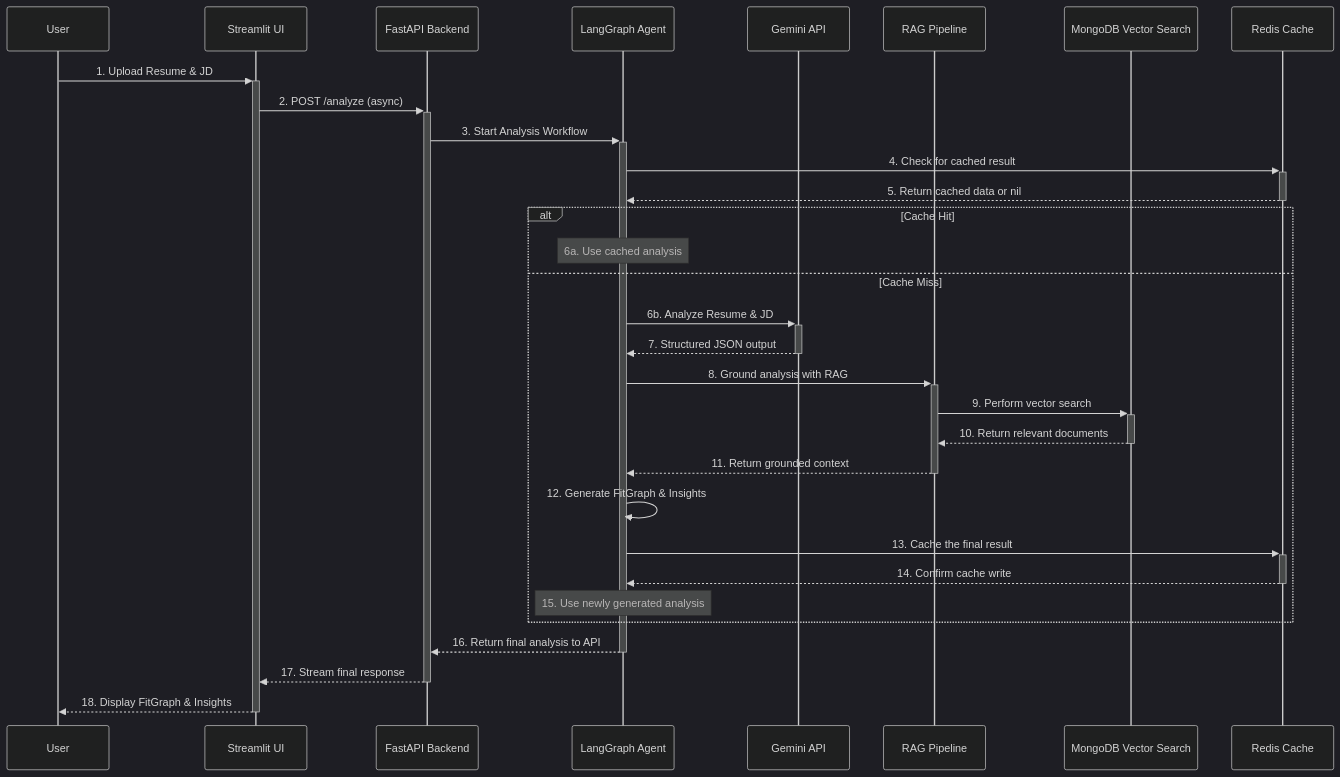
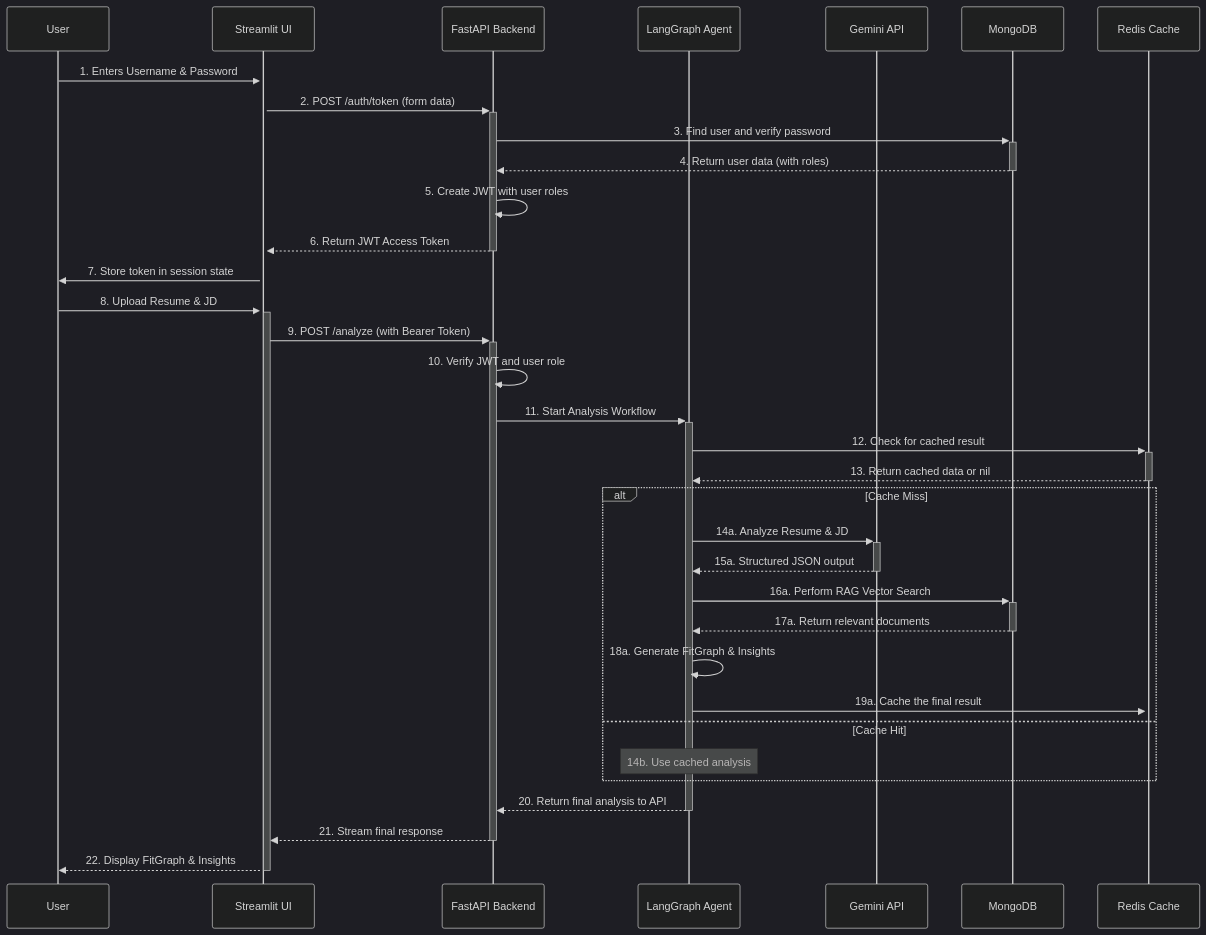
Before and after one commit to nirajmind/CareerPilot: the diagram in docs/end-to-end-flow.mmd, drawn with Mermaid (dark theme). The commit also changed 11 other files, not shown here.

Commit message:
Added security flow with RBAC and JWT

````diff
--- a/docs/end-to-end-flow.mmd
+++ b/docs/end-to-end-flow.mmd
@@ -1,41 +1,47 @@
 ```mermaid
 sequenceDiagram
     participant User
     participant StreamlitUI as Streamlit UI
     participant FastAPI as FastAPI Backend
     participant Agent as LangGraph Agent
     participant Gemini as Gemini API
-    participant RAG as RAG Pipeline
-    participant MongoDB as MongoDB Vector Search
+    participant MongoDB as MongoDB
     participant Redis as Redis Cache
 
-    User->>+StreamlitUI: 1. Upload Resume & JD
-    StreamlitUI->>+FastAPI: 2. POST /analyze (async)
+    %% Authentication Flow %%
+    User->>+StreamlitUI: 1. Enters Username & Password
+    StreamlitUI->>+FastAPI: 2. POST /auth/token (form data)
+    FastAPI->>+MongoDB: 3. Find user and verify password
+    MongoDB-->>-FastAPI: 4. Return user data (with roles)
+    FastAPI->>FastAPI: 5. Create JWT with user roles
+    FastAPI-->>-StreamlitUI: 6. Return JWT Access Token
+    StreamlitUI->>User: 7. Store token in session state
+
+    %% Main Application Flow (Authenticated) %%
+    User->>+StreamlitUI: 8. Upload Resume & JD
+    StreamlitUI->>+FastAPI: 9. POST /analyze (with Bearer Token)
     
-    FastAPI->>+Agent: 3. Start Analysis Workflow
+    FastAPI->>FastAPI: 10. Verify JWT and user role
+    FastAPI->>+Agent: 11. Start Analysis Workflow
     
-    Agent->>+Redis: 4. Check for cached result
-    Redis-->>-Agent: 5. Return cached data or nil
+    Agent->>+Redis: 12. Check for cached result
+    Redis-->>-Agent: 13. Return cached data or nil
     
-    alt Cache Hit
-        Note over Agent: 6a. Use cached analysis
-    else Cache Miss
-        Agent->>+Gemini: 6b. Analyze Resume & JD
-        Gemini-->>-Agent: 7. Structured JSON output
+    alt Cache Miss
+        Agent->>+Gemini: 14a. Analyze Resume & JD
+        Gemini-->>-Agent: 15a. Structured JSON output
         
-        Agent->>+RAG: 8. Ground analysis with RAG
-        RAG->>+MongoDB: 9. Perform vector search
-        MongoDB-->>-RAG: 10. Return relevant documents
-        RAG-->>-Agent: 11. Return grounded context
+        Agent->>+MongoDB: 16a. Perform RAG Vector Search
+        MongoDB-->>-Agent: 17a. Return relevant documents
         
-        Agent->>Agent: 12. Generate FitGraph & Insights
+        Agent->>Agent: 18a. Generate FitGraph & Insights
         
-        Agent->>+Redis: 13. Cache the final result
-        Redis-->>-Agent: 14. Confirm cache write
-        Note over Agent: 15. Use newly generated analysis
+        Agent->>+Redis: 19a. Cache the final result
+    else Cache Hit
+        Note over Agent: 14b. Use cached analysis
     end
 
-    Agent-->>-FastAPI: 16. Return final analysis to API
-    FastAPI-->>-StreamlitUI: 17. Stream final response
-    StreamlitUI-->>-User: 18. Display FitGraph & Insights
+    Agent-->>-FastAPI: 20. Return final analysis to API
+    FastAPI-->>-StreamlitUI: 21. Stream final response
+    StreamlitUI-->>-User: 22. Display FitGraph & Insights
 ```
````
